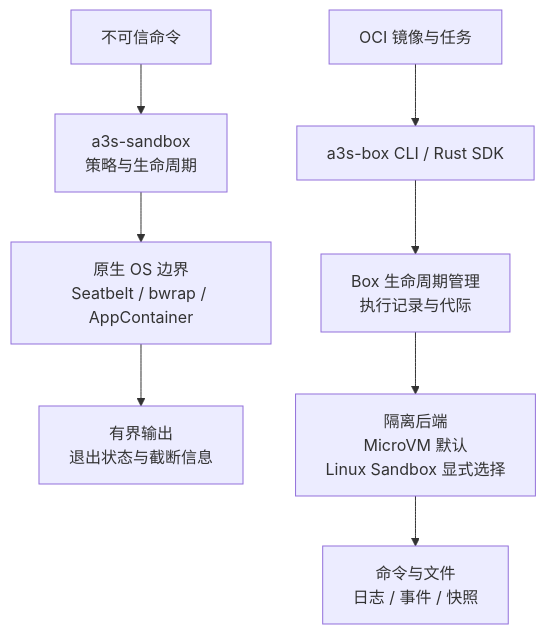
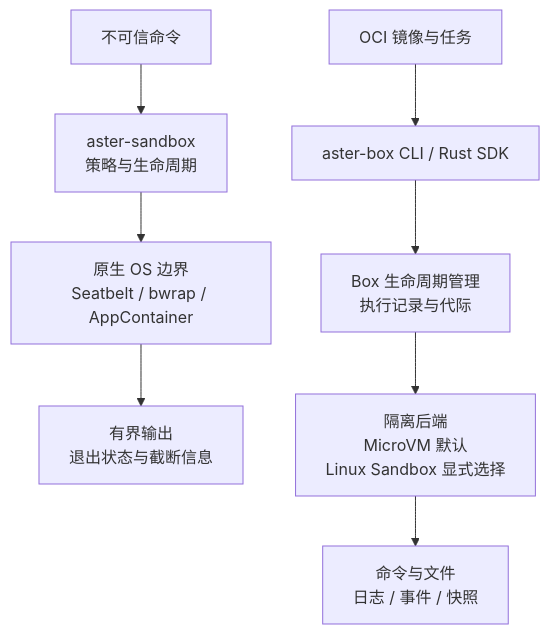
One commit to aster-ai-lab/aster changed the diagram in apps/web/content/docs/sandbox/current/_diagrams/sandbox-architecture.mmd. Above: the diagram before and after it, drawn with Mermaid. The commit also changed 16153 other files, not shown here.

```diff
--- a/apps/web/content/docs/sandbox/current/_diagrams/sandbox-architecture.mmd
+++ b/apps/web/content/docs/sandbox/current/_diagrams/sandbox-architecture.mmd
@@ -1,10 +1,10 @@
 flowchart TB
   accTitle: Aster Sandbox 的组件边界
-  accDescr: a3s-sandbox 处理不可信命令并返回有界输出。a3s-box 从 OCI 镜像创建执行，通过统一生命周期管理选择 MicroVM 或共享内核 Sandbox。
-  command["不可信命令"] --> native["a3s-sandbox<br/>策略与生命周期"]
+  accDescr: aster-sandbox 处理不可信命令并返回有界输出。aster-box 从 OCI 镜像创建执行，通过统一生命周期管理选择 MicroVM 或共享内核 Sandbox。
+  command["不可信命令"] --> native["aster-sandbox<br/>策略与生命周期"]
   native --> os["原生 OS 边界<br/>Seatbelt / bwrap / AppContainer"]
   os --> output["有界输出<br/>退出状态与截断信息"]
-  image["OCI 镜像与任务"] --> box["a3s-box CLI / Rust SDK"]
+  image["OCI 镜像与任务"] --> box["aster-box CLI / Rust SDK"]
   box --> manager["Box 生命周期管理<br/>执行记录与代际"]
   manager --> isolation["隔离后端<br/>MicroVM 默认<br/>Linux Sandbox 显式选择"]
   isolation --> records["命令与文件<br/>日志 / 事件 / 快照"]
```
